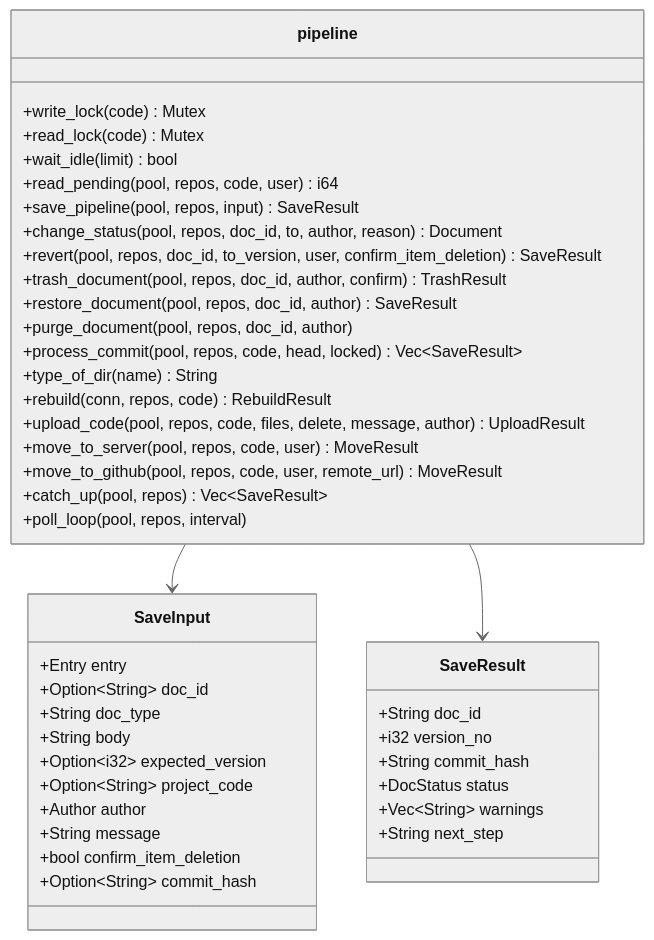
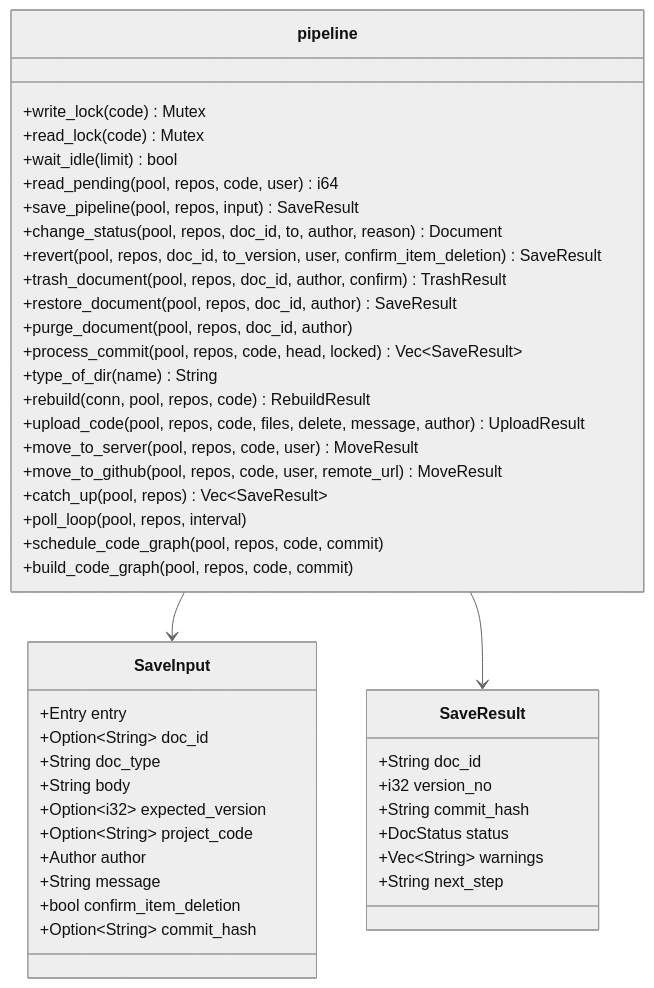
Before and after one commit to HoyoungParkme/syncdoc: the fifth of 7 diagrams in docs/specs/06-DOM/SYNC-DOM-004.md, drawn with Mermaid (neutral theme). The commit also changed other lines of this file and 3 other files, not shown here.

````diff
--- a/docs/specs/06-DOM/SYNC-DOM-004.md
+++ b/docs/specs/06-DOM/SYNC-DOM-004.md
@@ -580,45 +580,47 @@
 ```mermaid
 classDiagram
     class pipeline {
         +write_lock(code) Mutex
         +read_lock(code) Mutex
         +wait_idle(limit) bool
         +read_pending(pool, repos, code, user) i64
         +save_pipeline(pool, repos, input) SaveResult
         +change_status(pool, repos, doc_id, to, author, reason) Document
         +revert(pool, repos, doc_id, to_version, user, confirm_item_deletion) SaveResult
         +trash_document(pool, repos, doc_id, author, confirm) TrashResult
         +restore_document(pool, repos, doc_id, author) SaveResult
         +purge_document(pool, repos, doc_id, author)
         +process_commit(pool, repos, code, head, locked) Vec~SaveResult~
         +type_of_dir(name) String
-        +rebuild(conn, repos, code) RebuildResult
+        +rebuild(conn, pool, repos, code) RebuildResult
         +upload_code(pool, repos, code, files, delete, message, author) UploadResult
         +move_to_server(pool, repos, code, user) MoveResult
         +move_to_github(pool, repos, code, user, remote_url) MoveResult
         +catch_up(pool, repos) Vec~SaveResult~
         +poll_loop(pool, repos, interval)
+        +schedule_code_graph(pool, repos, code, commit)
+        +build_code_graph(pool, repos, code, commit)
     }
     class SaveInput {
         +Entry entry
         +Option~String~ doc_id
         +String doc_type
         +String body
         +Option~i32~ expected_version
         +Option~String~ project_code
         +Author author
         +String message
         +bool confirm_item_deletion
         +Option~String~ commit_hash
     }
     class SaveResult {
         +String doc_id
         +i32 version_no
         +String commit_hash
         +DocStatus status
         +Vec~String~ warnings
         +String next_step
     }
     pipeline --> SaveInput
     pipeline --> SaveResult
 ```
````
